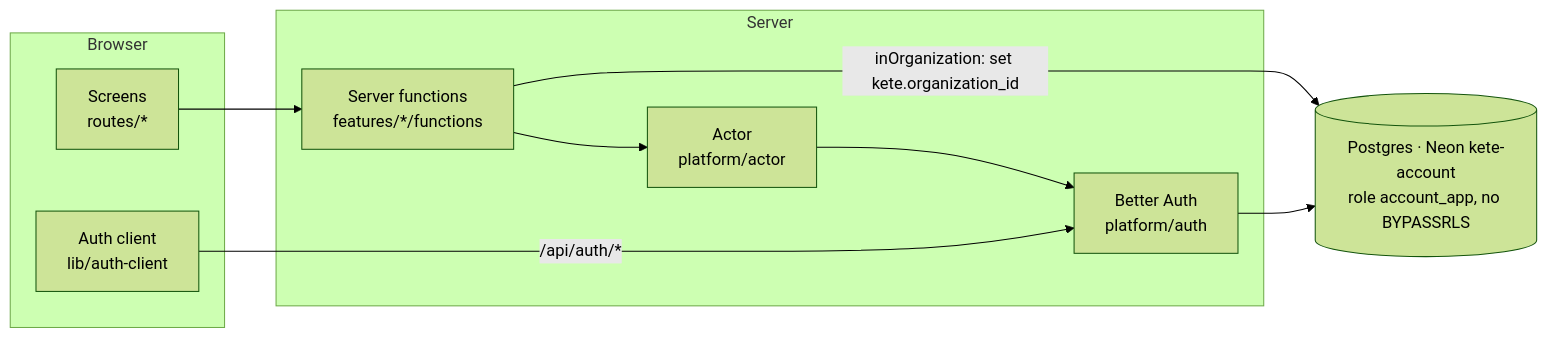
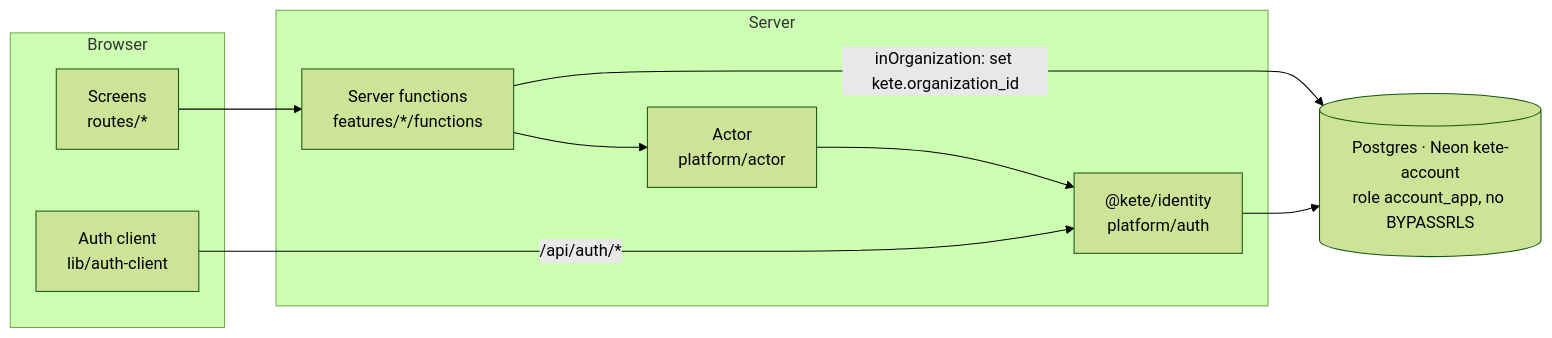
The first of 2 diagrams in apps/account/README.md (kete-africa/kete-core), drawn with Mermaid (forest theme) before and after one commit. The commit also changed other lines of this file and 44 other files, not shown here.

First line of the commit message:
feat(identity): the Compte Kete's rules as a building block, and its OpenAPI description (spec 026)

````diff
--- a/apps/account/README.md
+++ b/apps/account/README.md
@@ -29,18 +33,18 @@
 ```mermaid
 flowchart LR
   subgraph Browser
     UI[Screens<br/>routes/*]
     AC[Auth client<br/>lib/auth-client]
   end
   subgraph Server
     SF[Server functions<br/>features/*/functions]
-    BA[Better Auth<br/>platform/auth]
+    BA["@kete/identity<br/>platform/auth"]
     ACT[Actor<br/>platform/actor]
   end
   DB[(Postgres · Neon kete-account<br/>role account_app, no BYPASSRLS)]
   UI --> SF
   AC -->|/api/auth/*| BA
   SF --> ACT --> BA
   SF -->|inOrganization: set kete.organization_id| DB
   BA --> DB
 ```
````
